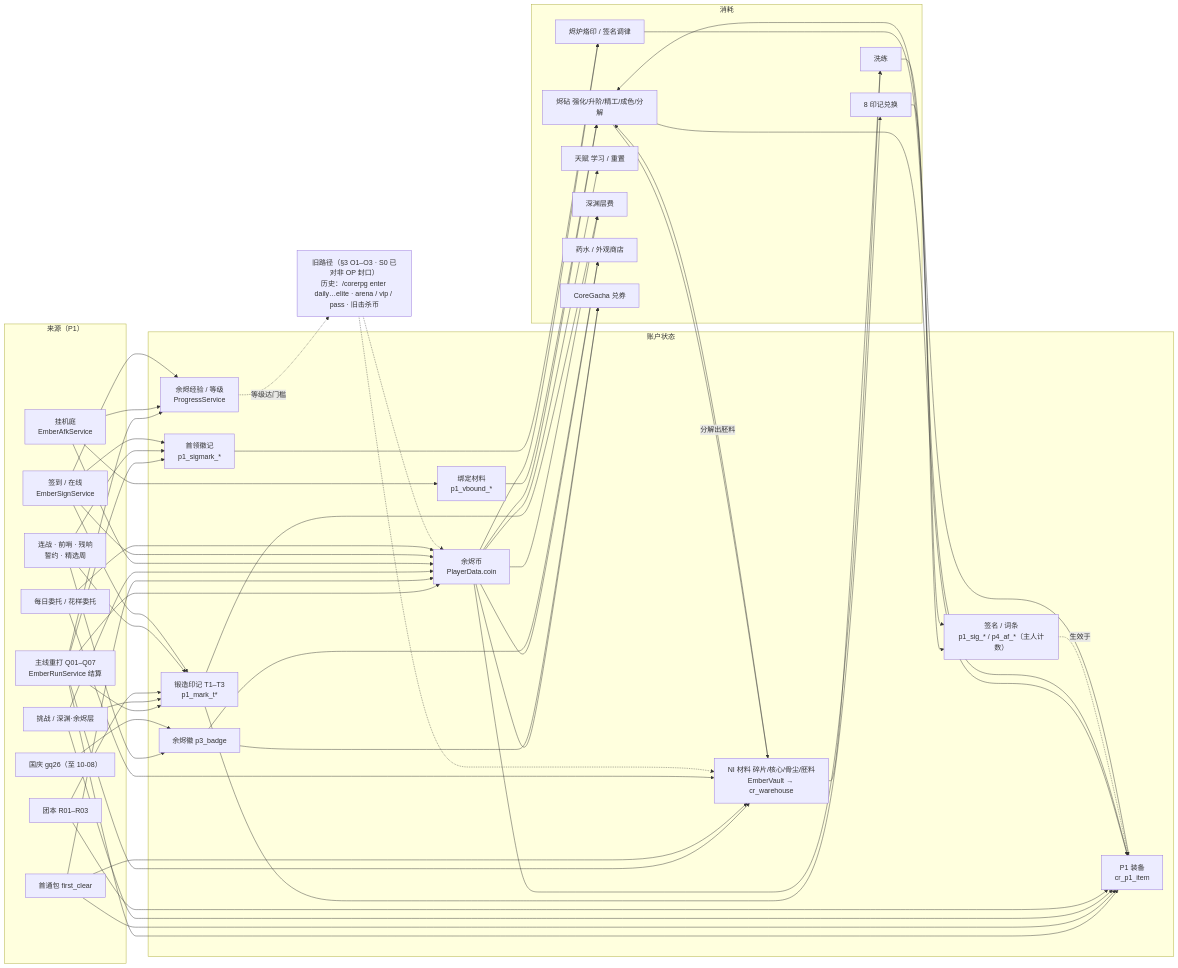
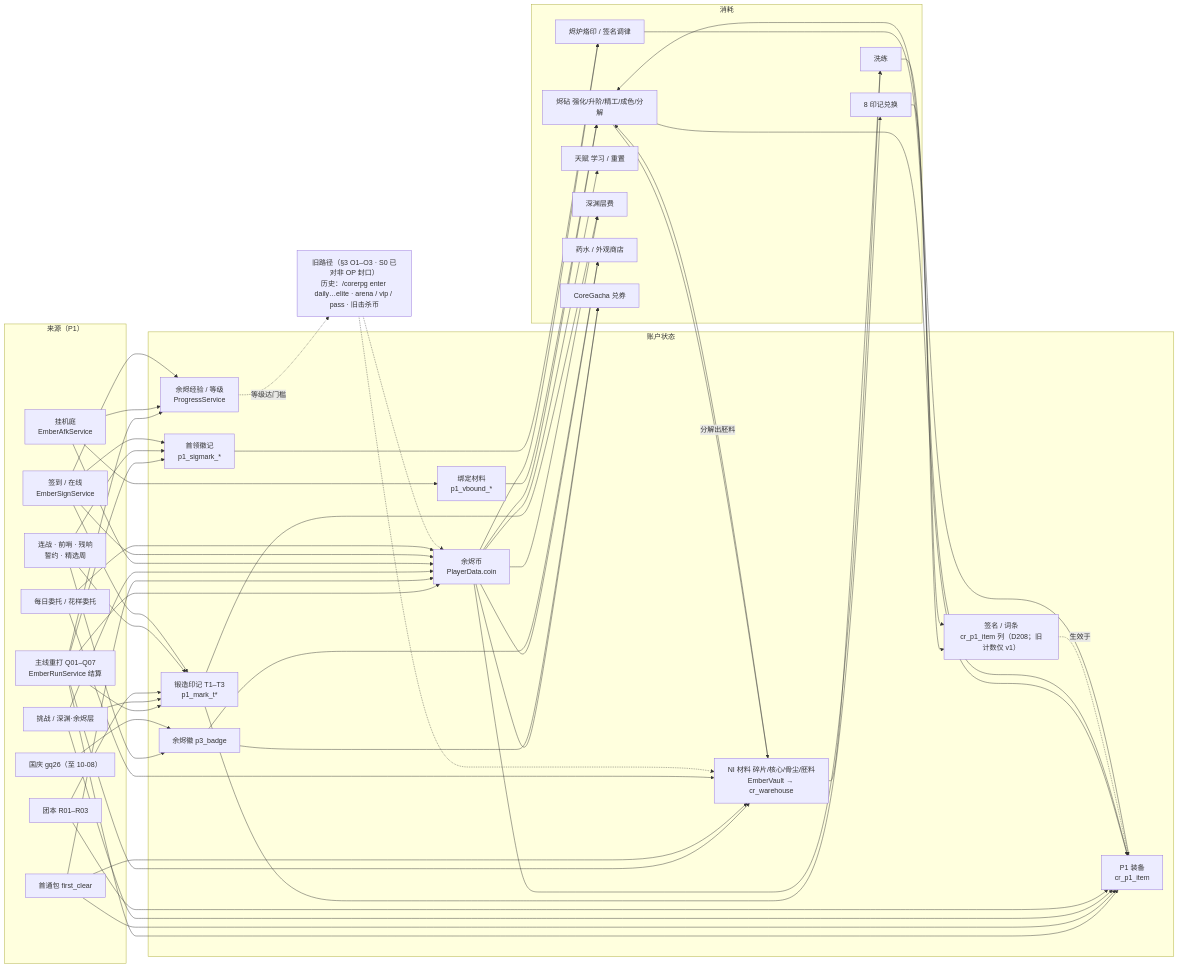
Before and after one commit to Picadoo/ember-server: the diagram in docs/design/ARCH-ember-systems-map-2026-10-05.md, drawn with Mermaid. The commit also changed other lines of this file and 1 other file, not shown here.

First line of the commit message:
D277: mark R3 item-keys CLOSED in ARCH (was D208; docs were stale)

````diff
--- a/docs/design/ARCH-ember-systems-map-2026-10-05.md
+++ b/docs/design/ARCH-ember-systems-map-2026-10-05.md
@@ -128,61 +128,61 @@
 ```mermaid
 flowchart LR
   subgraph SRC["来源（P1）"]
     QR["主线重打 Q01–Q07<br/>EmberRunService 结算"]
     FC["首通包 first_clear"]
     CA["挑战 / 深渊·余烬层"]
     RD["团本 R01–R03"]
     WK["连战 · 前哨 · 残响<br/>誓约 · 精选周"]
     AFK["挂机庭<br/>EmberAfkService"]
     SG["签到 / 在线<br/>EmberSignService"]
     BT["每日委托 / 花样委托"]
     FE["国庆 gq26（至 10-08）"]
   end
   subgraph ST["账户状态"]
     COIN["余烬币<br/>PlayerData.coin"]
     XP["余烬经验 / 等级<br/>ProgressService"]
     MAT["NI 材料 碎片/核心/骨尘/胚料<br/>EmberVault → cr_warehouse"]
     BMAT["绑定材料<br/>p1_vbound_*"]
     MARK["锻造印记 T1–T3<br/>p1_mark_t*"]
     INS["首领徽记<br/>p1_sigmark_*"]
     BADGE["余烬徽 p3_badge"]
     GEAR["P1 装备<br/>cr_p1_item"]
-    SIGAF["签名 / 词条<br/>p1_sig_* / p4_af_*（主人计数）"]
+    SIGAF["签名 / 词条<br/>cr_p1_item 列（D208；旧计数仅 v1）"]
   end
   subgraph SINK["消耗"]
     FORGE["烬砧 强化/升阶/精工/成色/分解"]
     RR["洗练"]
     IMP["烬炉烙印 / 签名调律"]
     TAL["天赋 学习 / 重置"]
     EXC["8 印记兑换"]
     AFEE["深渊层费"]
     SHOP["药水 / 外观商店"]
     GACHA["CoreGacha 兑券"]
   end
   QR --> COIN & MAT & GEAR & MARK & INS & XP
   FC --> COIN & MAT & GEAR
   CA --> GEAR & MARK & COIN
   RD --> GEAR & MARK
   WK --> MARK & INS & BADGE
   AFK --> COIN & XP & BMAT
   SG --> COIN & XP & MARK & INS
   BT --> COIN & MAT
   FE --> BADGE
   COIN --> FORGE & RR & IMP & TAL & AFEE & SHOP & GACHA
   MAT --> FORGE & RR
   BMAT --> FORGE
   MARK --> EXC & AFEE
   INS --> IMP
   BADGE --> SHOP & GACHA
   GEAR --> FORGE
   FORGE -->|"分解出胚料"| MAT
   FORGE --> GEAR
   EXC --> GEAR
   RR --> SIGAF
   IMP --> SIGAF
   SIGAF -.->|"生效于"| GEAR
   LEG["旧路径（§3 O1–O3 · S0 已对非 OP 封口）<br/>历史：/corerpg enter daily…elite · arena / vip / pass · 旧击杀币"]
   XP -.->|"等级达门槛"| LEG
   LEG -.-> COIN
   LEG -.-> MAT
 ```
````
